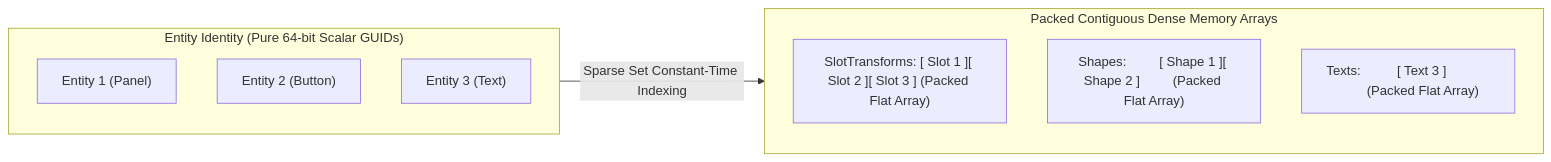
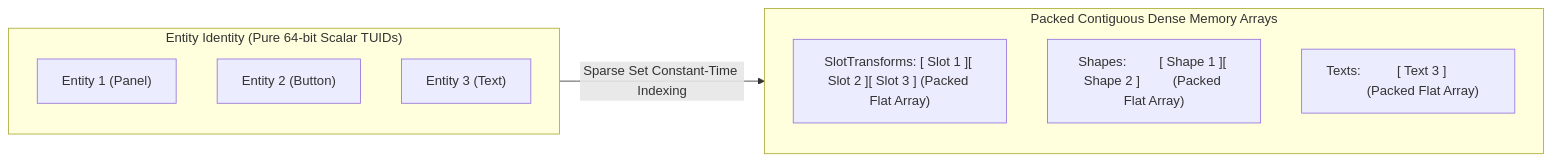
The second of 4 diagrams in docs/presentation/03_design_philosophy.md (Yuvi-GD/Tether), drawn with Mermaid before and after one commit. The commit also changed other lines of this file and 84 other files, not shown here.

````diff
--- a/docs/presentation/03_design_philosophy.md
+++ b/docs/presentation/03_design_philosophy.md
@@ -80,16 +80,16 @@
 ```mermaid
 flowchart LR
-    subgraph EntityIDs["Entity Identity (Pure 64-bit Scalar GUIDs)"]
+    subgraph EntityIDs["Entity Identity (Pure 64-bit Scalar TUIDs)"]
         E1["Entity 1 (Panel)"]
         E2["Entity 2 (Button)"]
         E3["Entity 3 (Text)"]
     end
 
     subgraph DenseMemory["Packed Contiguous Dense Memory Arrays"]
         Transforms["SlotTransforms: [ Slot 1 ][ Slot 2 ][ Slot 3 ] (Packed Flat Array)"]
         Shapes["Shapes:         [ Shape 1 ][ Shape 2 ]         (Packed Flat Array)"]
         Texts["Texts:          [ Text 3 ]                    (Packed Flat Array)"]
     end
 
     EntityIDs -->|Sparse Set Constant-Time Indexing| DenseMemory
 ```
````
